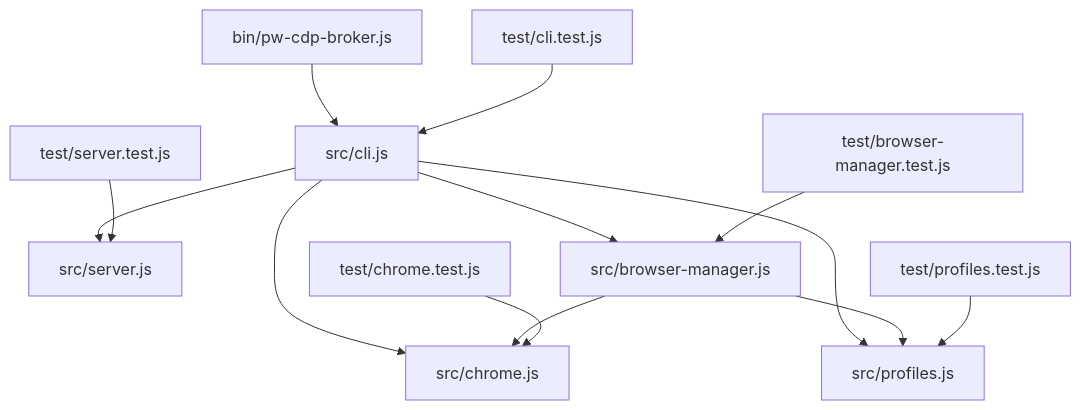
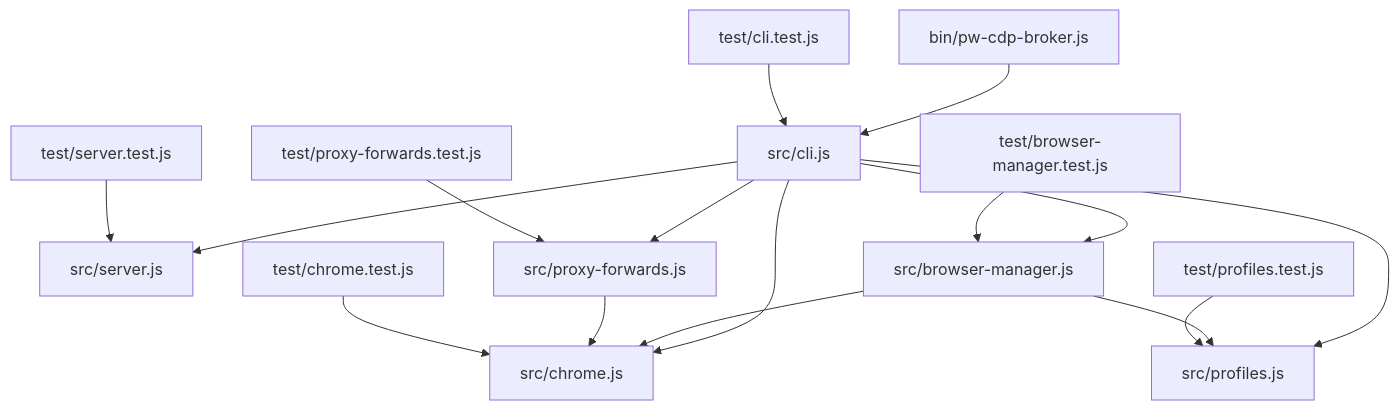
Before and after one commit to sloppygadget-bot/pw-cdp-broker: the diagram in .kn/raw/codebase/dependencies/import-graph.mmd, drawn with Mermaid. The commit also changed 24 other files, not shown here.

````diff
--- a/.kn/raw/codebase/dependencies/import-graph.mmd
+++ b/.kn/raw/codebase/dependencies/import-graph.mmd
@@ -9,15 +9,18 @@
 ```mermaid
 flowchart TD
   bin["bin/pw-cdp-broker.js"] --> cli["src/cli.js"]
   cli --> server["src/server.js"]
   cli --> manager["src/browser-manager.js"]
+  cli --> proxyForwards["src/proxy-forwards.js"]
   cli --> chrome["src/chrome.js"]
   cli --> profiles["src/profiles.js"]
   manager --> chrome
   manager --> profiles
+  proxyForwards --> chrome
   profileTests["test/profiles.test.js"] --> profiles
   serverTests["test/server.test.js"] --> server
   managerTests["test/browser-manager.test.js"] --> manager
   chromeTests["test/chrome.test.js"] --> chrome
   cliTests["test/cli.test.js"] --> cli
+  proxyForwardTests["test/proxy-forwards.test.js"] --> proxyForwards
 ```
````
